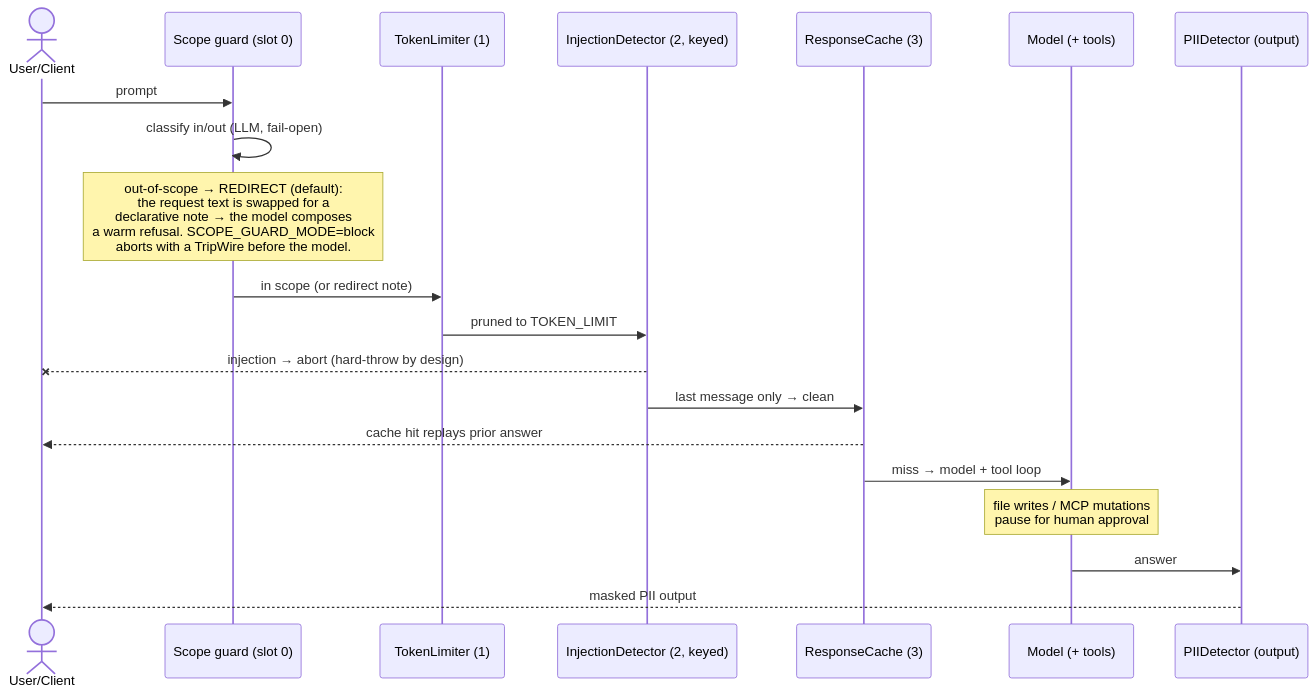
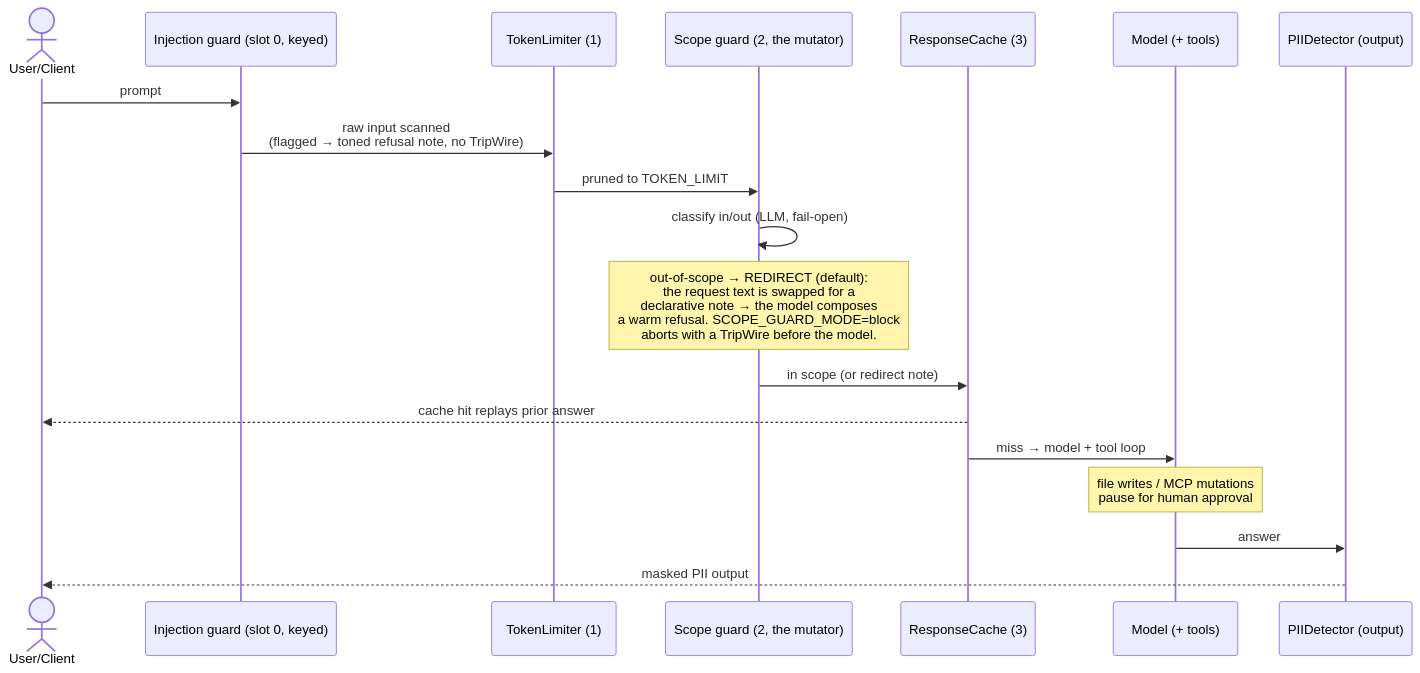
The second of 3 diagrams in README.md (bobrobert13/mastra-agents-core-vertical-ddd-pills-included), drawn with Mermaid before and after one commit. The commit also changed other lines of this file and 6 other files, not shown here.

````diff
--- a/README.md
+++ b/README.md
@@ -148,23 +148,22 @@
 ```mermaid
 sequenceDiagram
     actor U as User/Client
-    participant SG as Scope guard (slot 0)
+    participant PID as Injection guard (slot 0, keyed)
     participant TL as TokenLimiter (1)
-    participant PID as InjectionDetector (2, keyed)
+    participant SG as Scope guard (2, the mutator)
     participant RC as ResponseCache (3)
     participant LLM as Model (+ tools)
     participant PII as PIIDetector (output)
 
-    U->>SG: prompt
+    U->>PID: prompt
+    PID->>TL: raw input scanned<br/>(flagged → toned refusal note, no TripWire)
+    TL->>SG: pruned to TOKEN_LIMIT
     SG->>SG: classify in/out (LLM, fail-open)
     Note over SG: out-of-scope → REDIRECT (default):<br/>the request text is swapped for a<br/>declarative note → the model composes<br/>a warm refusal. SCOPE_GUARD_MODE=block<br/>aborts with a TripWire before the model.
-    SG->>TL: in scope (or redirect note)
-    TL->>PID: pruned to TOKEN_LIMIT
-    PID--xU: injection → abort (hard-throw by design)
-    PID->>RC: last message only → clean
+    SG->>RC: in scope (or redirect note)
     RC-->>U: cache hit replays prior answer
     RC->>LLM: miss → model + tool loop
     Note over LLM: file writes / MCP mutations<br/>pause for human approval
     LLM->>PII: answer
     PII-->>U: masked PII output
 ```
````
